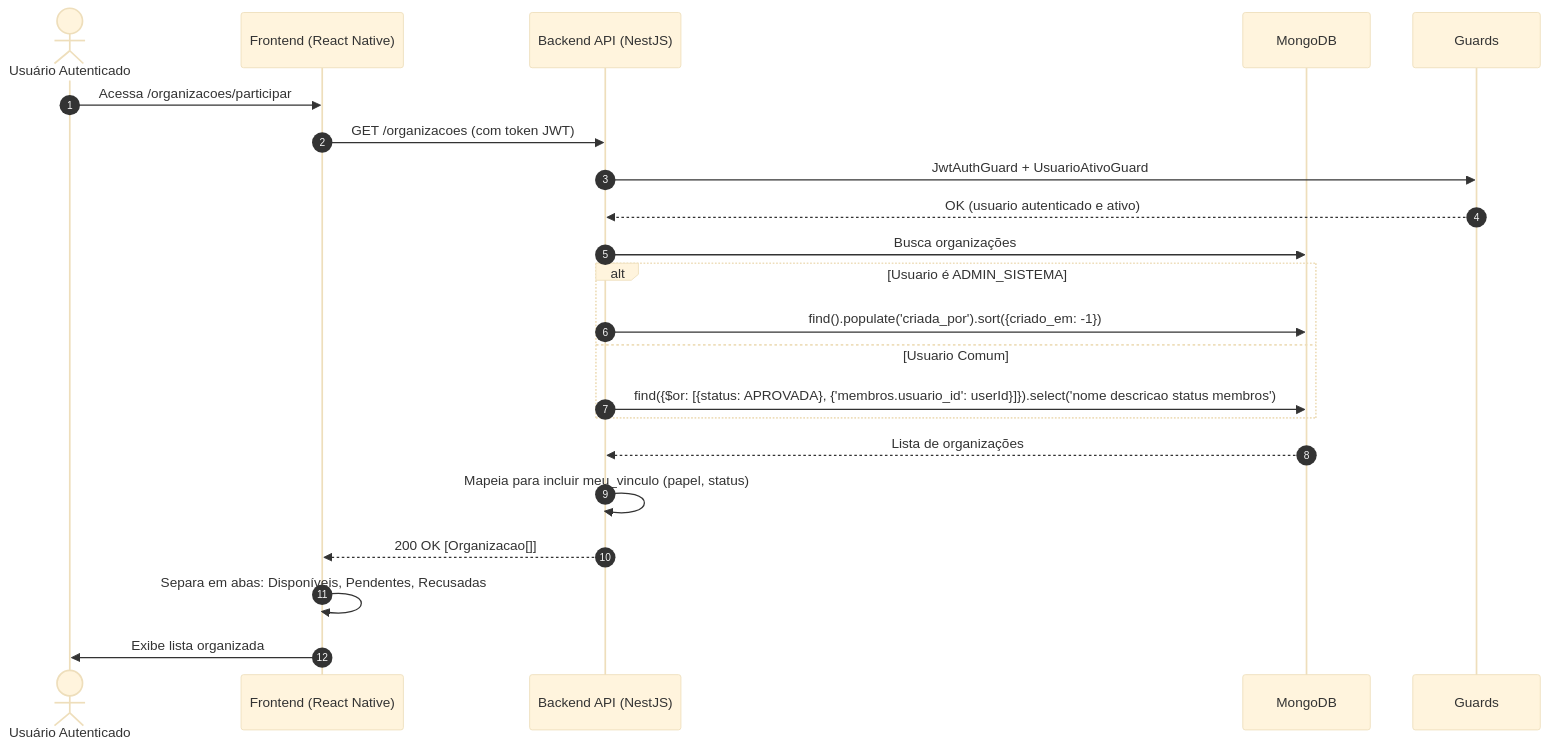
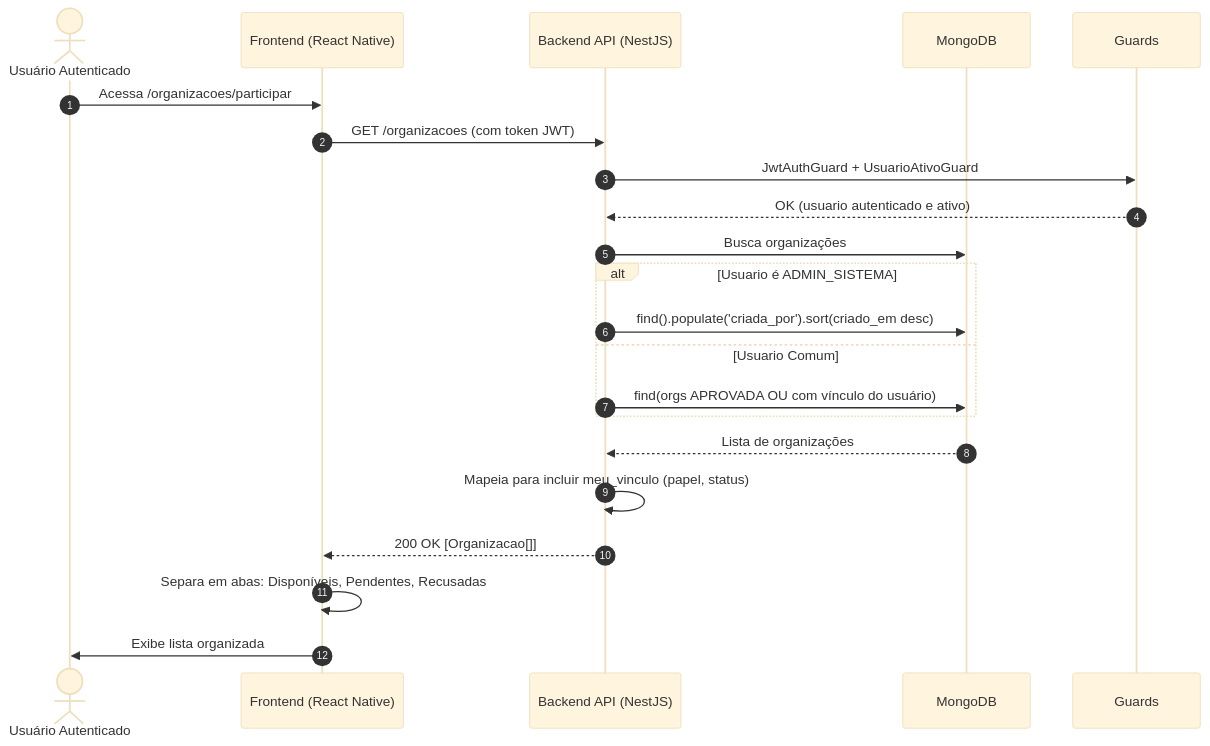
Before and after one commit to MrLucasMoreira/PDSI-Conecta-: the fifth of 10 diagrams in docs/cadastro-usuario/6 - diagramas-sequencia-cadastro-usuario.md, drawn with Mermaid (base theme). The commit also changed other lines of this file and 1 other file, not shown here.

Commit message:
fix: Ajuste dos documentos casos de uso e diagrama de sequencia

````diff
--- a/docs/cadastro-usuario/6 - diagramas-sequencia-cadastro-usuario.md
+++ b/docs/cadastro-usuario/6 - diagramas-sequencia-cadastro-usuario.md
@@ -220,27 +220,27 @@
 ```mermaid
 sequenceDiagram
     autonumber
     actor Usuario as Usuário Autenticado
     participant Frontend as Frontend (React Native)
     participant API as Backend API (NestJS)
     participant DB as MongoDB
     participant Guards as Guards
 
     Usuario->>Frontend: Acessa /organizacoes/participar
     Frontend->>API: GET /organizacoes (com token JWT)
     API->>Guards: JwtAuthGuard + UsuarioAtivoGuard
     Guards-->>API: OK (usuario autenticado e ativo)
     API->>DB: Busca organizações
     
     alt Usuario é ADMIN_SISTEMA
-        API->>DB: find().populate('criada_por').sort({criado_em: -1})
+        API->>DB: find().populate('criada_por').sort(criado_em desc)
     else Usuario Comum
-        API->>DB: find({$or: [{status: APROVADA}, {'membros.usuario_id': userId}]}).select('nome descricao status membros')
+        API->>DB: find(orgs APROVADA OU com vínculo do usuário)
     end
     
     DB-->>API: Lista de organizações
     API->>API: Mapeia para incluir meu_vinculo (papel, status)
     API-->>Frontend: 200 OK [Organizacao[]]
     Frontend->>Frontend: Separa em abas: Disponíveis, Pendentes, Recusadas
     Frontend->>Usuario: Exibe lista organizada
 ```
````
